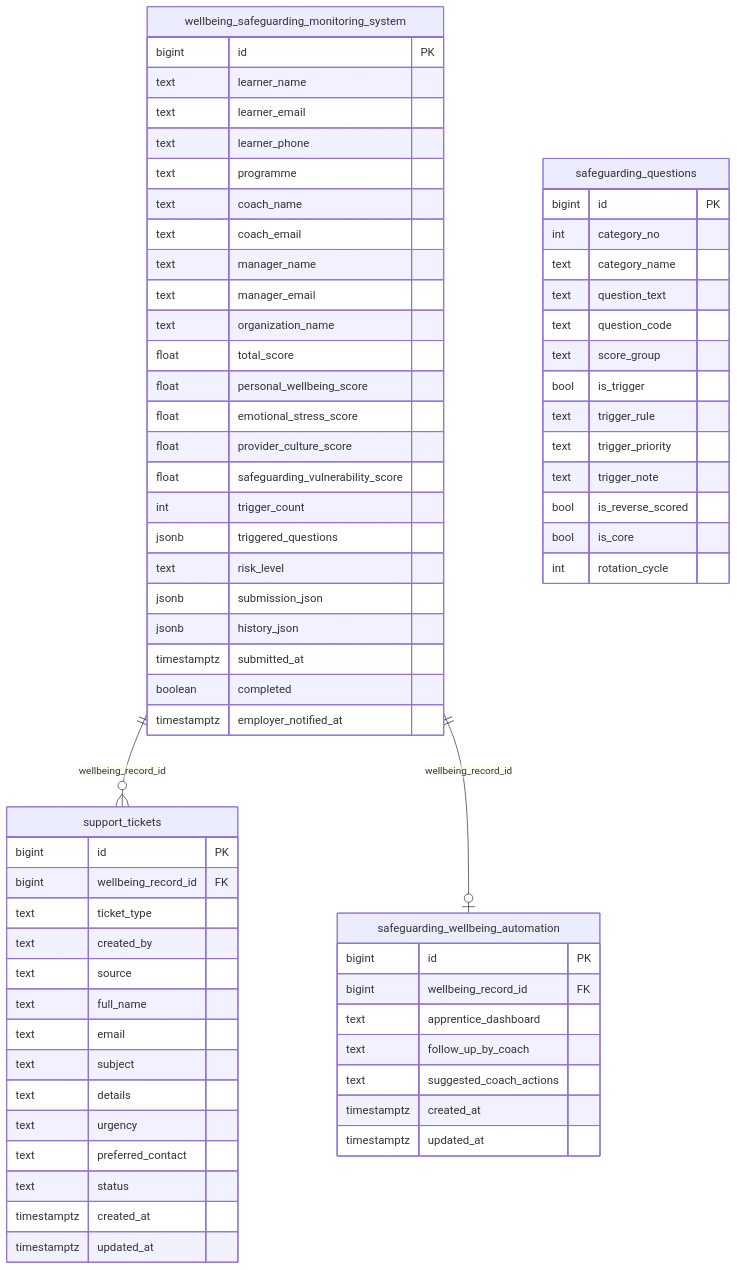
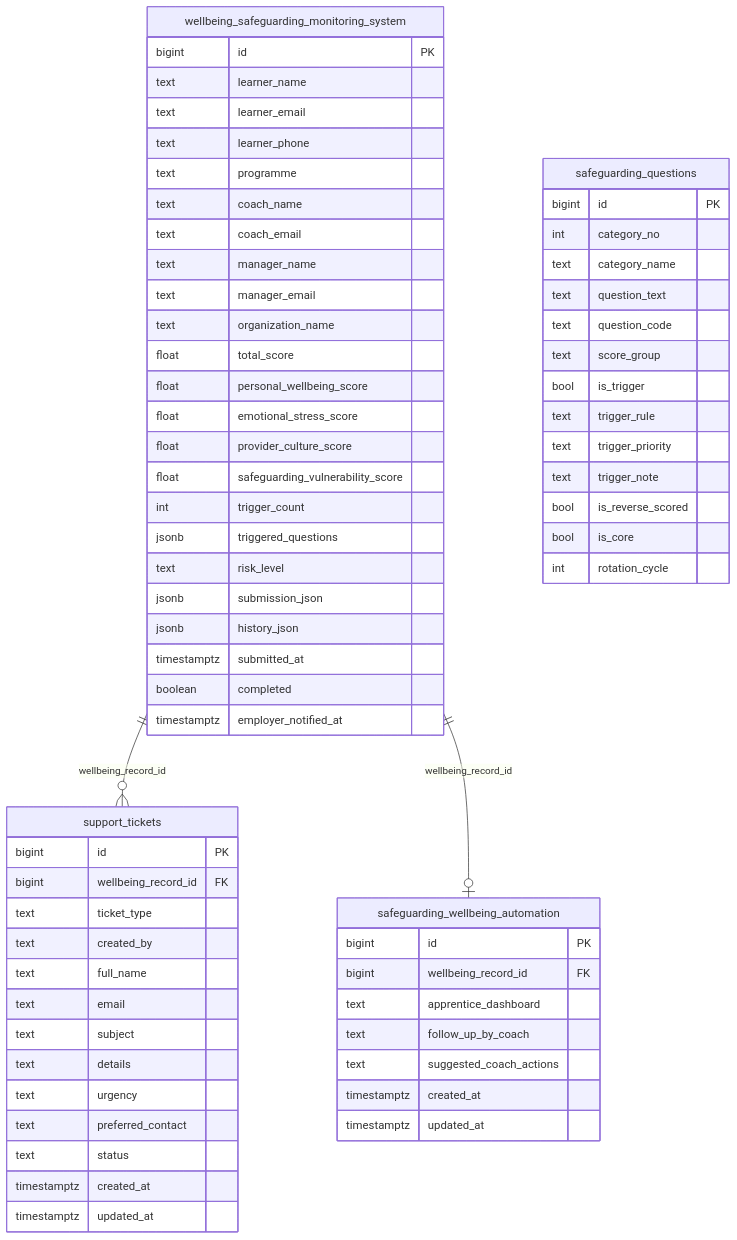
Before and after one commit to aiteamKBC/safegarding-quiz: the fifth of 5 diagrams in DOCUMENTATION.md, drawn with Mermaid. The commit also changed other lines of this file and 24 other files, not shown here.

````diff
--- a/DOCUMENTATION.md
+++ b/DOCUMENTATION.md
@@ -178,74 +180,73 @@
 ```mermaid
 erDiagram
     wellbeing_safeguarding_monitoring_system {
         bigint id PK
         text learner_name
         text learner_email
         text learner_phone
         text programme
         text coach_name
         text coach_email
         text manager_name
         text manager_email
         text organization_name
         float total_score
         float personal_wellbeing_score
         float emotional_stress_score
         float provider_culture_score
         float safeguarding_vulnerability_score
         int trigger_count
         jsonb triggered_questions
         text risk_level
         jsonb submission_json
         jsonb history_json
         timestamptz submitted_at
         boolean completed
         timestamptz employer_notified_at
     }
 
     support_tickets {
         bigint id PK
         bigint wellbeing_record_id FK
         text ticket_type
         text created_by
-        text source
         text full_name
         text email
         text subject
         text details
         text urgency
         text preferred_contact
         text status
         timestamptz created_at
         timestamptz updated_at
     }
 
     safeguarding_questions {
         bigint id PK
         int category_no
         text category_name
         text question_text
         text question_code
         text score_group
         bool is_trigger
         text trigger_rule
         text trigger_priority
         text trigger_note
         bool is_reverse_scored
         bool is_core
         int rotation_cycle
     }
 
     safeguarding_wellbeing_automation {
         bigint id PK
         bigint wellbeing_record_id FK
         text apprentice_dashboard
         text follow_up_by_coach
         text suggested_coach_actions
         timestamptz created_at
         timestamptz updated_at
     }
 
     wellbeing_safeguarding_monitoring_system ||--o{ support_tickets : "wellbeing_record_id"
     wellbeing_safeguarding_monitoring_system ||--o| safeguarding_wellbeing_automation : "wellbeing_record_id"
 ```
````
